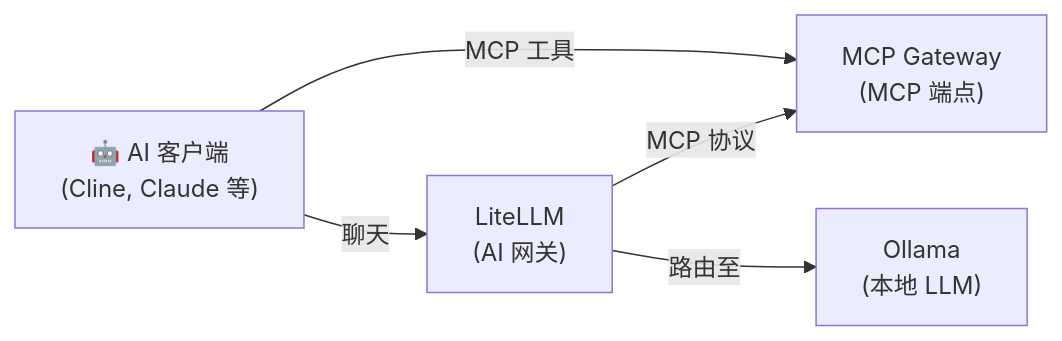
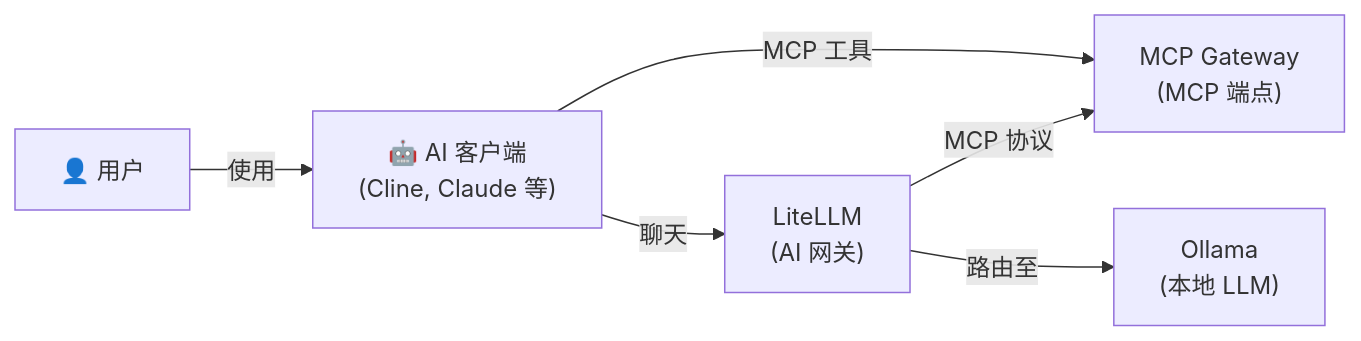
Before and after one commit to hwdsl2/self-hosted-ai-stack: the diagram in stacks/ai-tools/README-zh.md, drawn with Mermaid. The commit also changed 7 other files, not shown here.

````diff
--- a/stacks/ai-tools/README-zh.md
+++ b/stacks/ai-tools/README-zh.md
@@ -13,7 +13,8 @@
 ```mermaid
 graph LR
-    C["🤖 AI 客户端<br/>(Cline, Claude 等)"] -->|MCP 工具| M["MCP Gateway<br/>(MCP 端点)"]
+    U["👤 用户"] -->|使用| C["🤖 AI 客户端<br/>(Cline, Claude 等)"]
+    C -->|MCP 工具| M["MCP Gateway<br/>(MCP 端点)"]
     C -->|聊天| L["LiteLLM<br/>(AI 网关)"]
     L -->|路由至| O["Ollama<br/>(本地 LLM)"]
     L -->|MCP 协议| M
 ```
````
